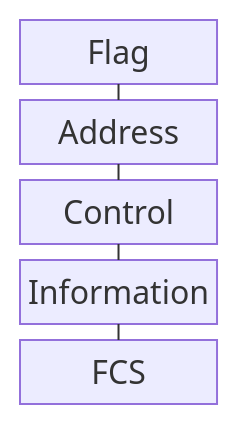
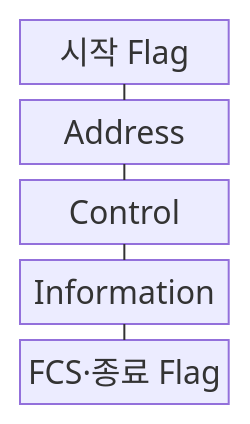
Before and after one commit to agnusdei1207/knowledge-base: the first of 2 diagrams in src/content/docs/notes/04-network/071_hdlc.md, drawn with Mermaid. The commit also changed other lines of this file and 20 other files, not shown here.

````diff
--- a/src/content/docs/notes/04-network/071_hdlc.md
+++ b/src/content/docs/notes/04-network/071_hdlc.md
@@ -61,13 +66,13 @@
 ```mermaid
 block-beta
     columns 1
-    A["Flag"]
+    A["시작 Flag"]
     B["Address"]
     C["Control"]
     D["Information"]
-    E["FCS"]
+    E["FCS·종료 Flag"]
     A --- B
     B --- C
     C --- D
     D --- E
 ```
````
